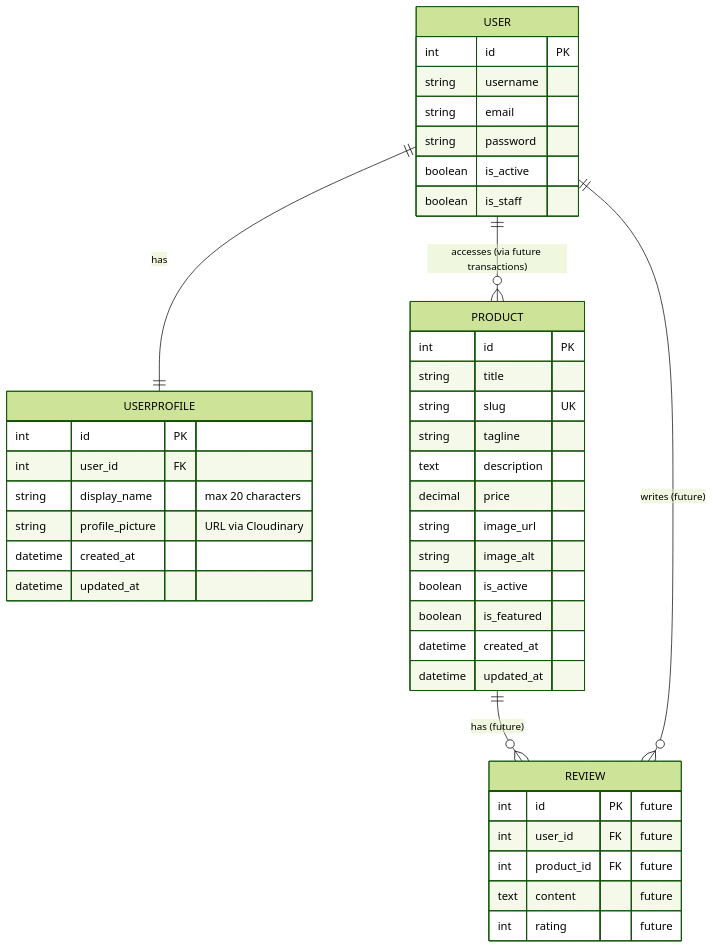
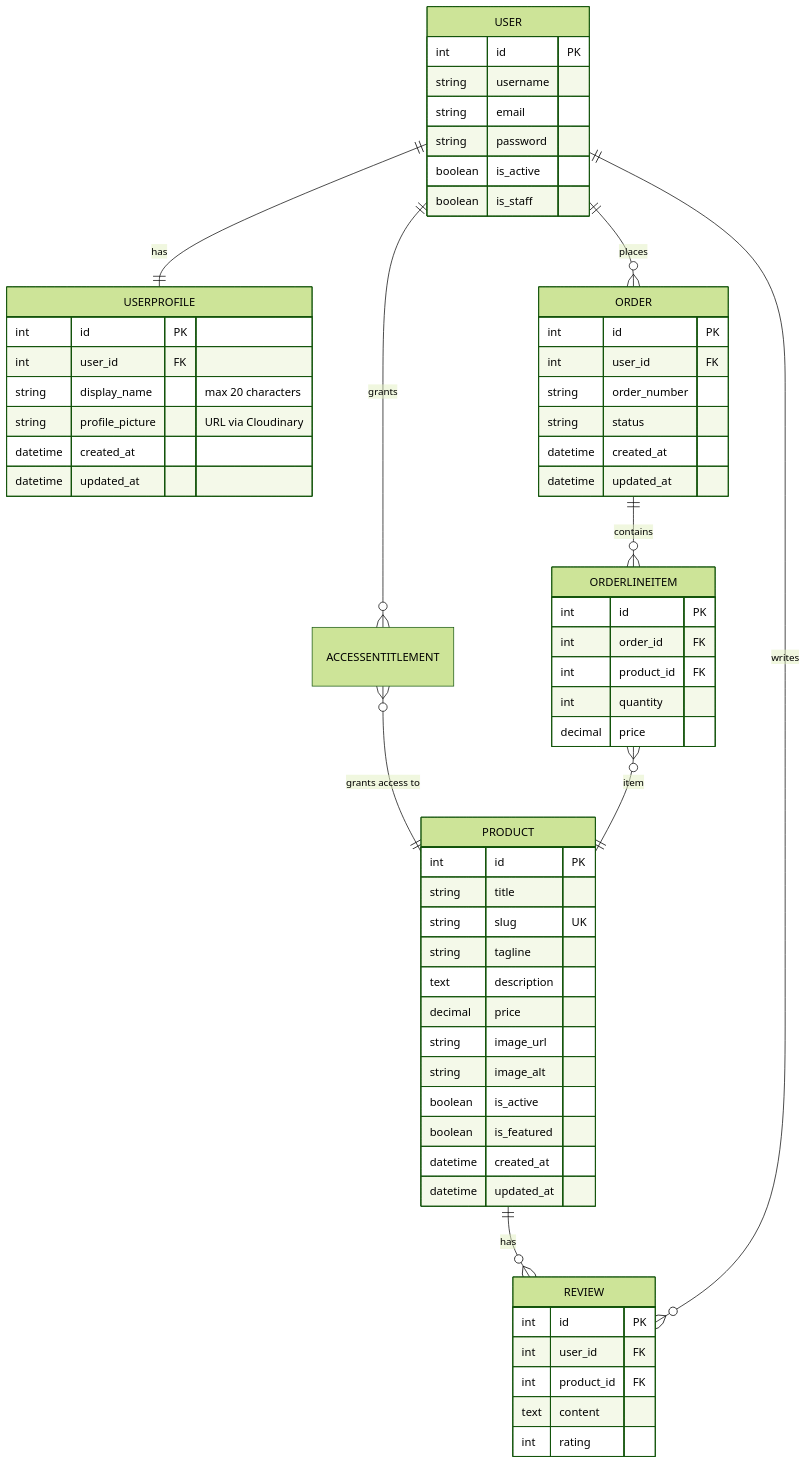
The diagram in README.md (Drake-Designer/The-Elysium-Archive), drawn with Mermaid (forest theme) before and after one commit. The commit also changed other lines of this file and 5 other files, not shown here.

````diff
--- a/README.md
+++ b/README.md
@@ -793,48 +788,69 @@
 ```mermaid
 erDiagram
     USER ||--|| USERPROFILE : has
-    USER ||--o{ PRODUCT : "accesses (via future transactions)"
-    PRODUCT ||--o{ REVIEW : "has (future)"
-    USER ||--o{ REVIEW : "writes (future)"
+    USER ||--o{ ORDER : places
+    USER ||--o{ ACCESSENTITLEMENT : grants
+    ACCESSENTITLEMENT }o--|| PRODUCT : "grants access to"
+    ORDER ||--o{ ORDERLINEITEM : contains
+    ORDERLINEITEM }o--|| PRODUCT : item
+    PRODUCT ||--o{ REVIEW : has
+    USER ||--o{ REVIEW : writes
 
     USERPROFILE {
         int id PK
         int user_id FK
         string display_name "max 20 characters"
         string profile_picture "URL via Cloudinary"
         datetime created_at
         datetime updated_at
     }
 
     USER {
         int id PK
         string username
         string email
         string password
         boolean is_active
         boolean is_staff
     }
 
+    ORDER {
+        int id PK
+        int user_id FK
+        string order_number
+        string status
+        datetime created_at
+        datetime updated_at
+    }
+
+    ORDERLINEITEM {
+        int id PK
+        int order_id FK
+        int product_id FK
+        int quantity
+        decimal price
+    }
+
     PRODUCT {
         int id PK
         string title
         string slug UK
         string tagline
         text description
         decimal price
         string image_url
         string image_alt
         boolean is_active
         boolean is_featured
         datetime created_at
         datetime updated_at
     }
 
     REVIEW {
-        int id PK "future"
-        int user_id FK "future"
-        int product_id FK "future"
-        text content "future"
-        int rating "future"
+        int id PK
+        int user_id FK
+        int product_id FK
+        text content
+        int rating
     }
 ```
````
